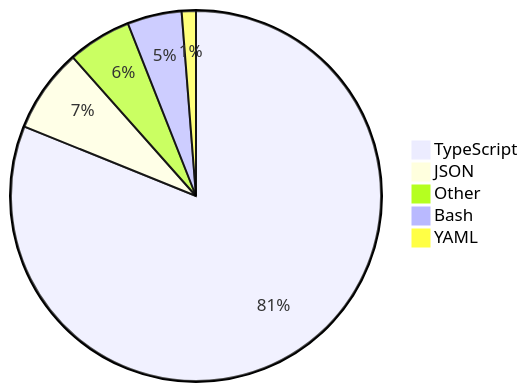
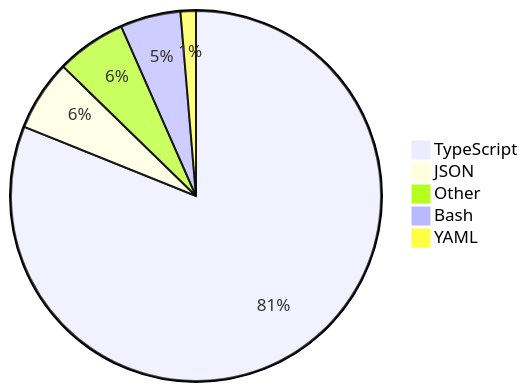
The diagram in README.md (skvggor/skvggor), drawn with Mermaid before and after one commit.

Commit message:
Updated waka-readme graph with new metrics

````diff
--- a/README.md
+++ b/README.md
@@ -16,8 +16,8 @@
 ```mermaid
 pie
-    "TypeScript" : 78.6
-    "JSON" : 7.1
-    "Other" : 5.4
-    "Bash" : 4.6
-    "YAML" : 1.2
+    "TypeScript" : 78.5
+    "JSON" : 6.0
+    "Other" : 5.9
+    "Bash" : 5.1
+    "YAML" : 1.3
 ```
````
